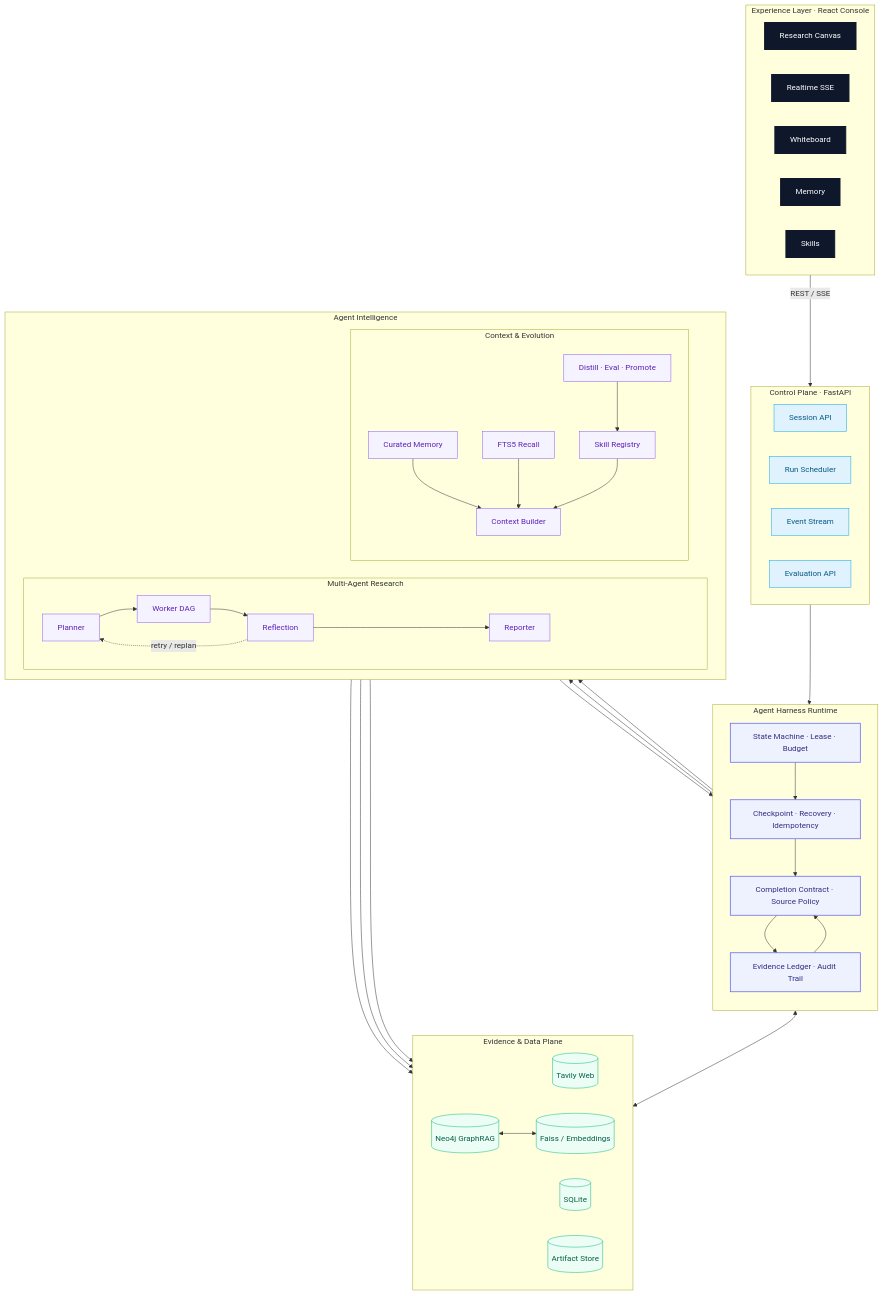
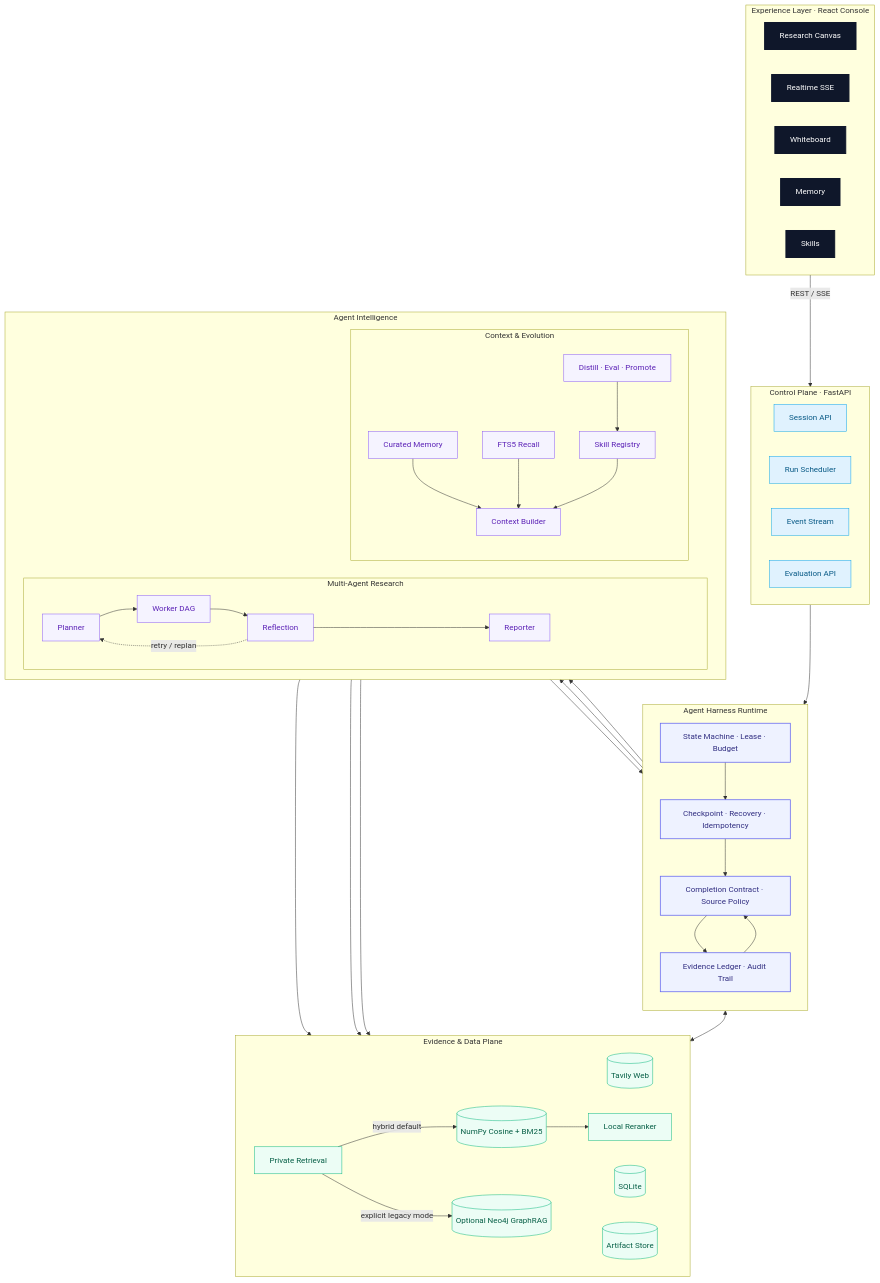
One commit to zzy978/Research-Workbench changed the third of 3 diagrams in README.md. Above: the diagram before and after it, drawn with Mermaid. The commit also changed other lines of this file and 47 other files, not shown here.

```diff
--- a/README.md
+++ b/README.md
@@ -232,10 +232,12 @@
     subgraph DATA["Evidence & Data Plane"]
         direction LR
         WEB[(Tavily Web)]
-        GRAPH[(Neo4j GraphRAG)]
+        PRIVATE[Private Retrieval]
+        GRAPH[(Optional Neo4j GraphRAG)]
         SQL[(SQLite)]
         ART[(Artifact Store)]
-        VECTOR[(Faiss / Embeddings)]
+        VECTOR[(NumPy Cosine + BM25)]
+        RERANK[Local Reranker]
     end
 
     UI -->|REST / SSE| API
@@ -243,10 +245,12 @@
     HARNESS --> RESEARCH
     HARNESS --> CONTEXT
     WORK --> WEB
-    WORK --> GRAPH
+    WORK --> PRIVATE
+    PRIVATE -->|hybrid default| VECTOR
+    VECTOR --> RERANK
+    PRIVATE -->|explicit legacy mode| GRAPH
     REPORT --> ART
     HARNESS <--> SQL
-    GRAPH <--> VECTOR
     REPORT --> OBS
     OBS --> GOVERNANCE
 
@@ -260,5 +264,5 @@
     class SESSION,SCHED,EVENT,EVALAPI control;
     class CORE,RELIABILITY,GOVERNANCE,OBS runtime;
     class PLAN,WORK,REFLECT,REPORT,CTX,MEMORY,RECALL,SKILLS,EVOLVE agent;
-    class WEB,GRAPH,SQL,ART,VECTOR data;
+    class WEB,PRIVATE,GRAPH,SQL,ART,VECTOR,RERANK data;
 ~~~
```
